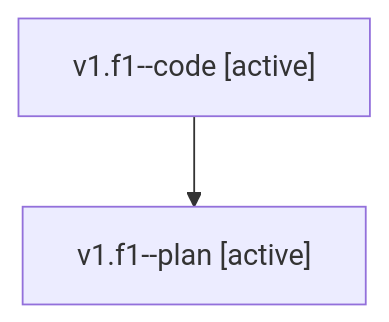
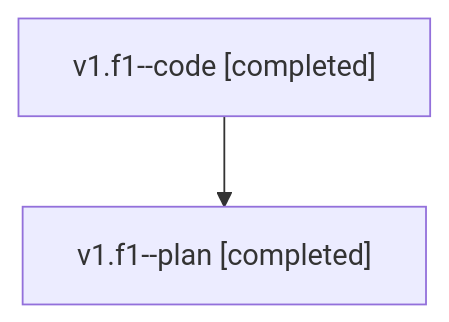
The diagram in families/bbugyi200.athena.v1.f1.md (sase-org/sase--agents), drawn with Mermaid before and after one commit. The commit also changed other lines of this file and 4556 other files, not shown here.

````diff
--- a/families/bbugyi200.athena.v1.f1.md
+++ b/families/bbugyi200.athena.v1.f1.md
@@ -9,6 +9,6 @@
 ```mermaid
 flowchart TD
-  n0["v1.f1--code [active]"]
-  n1["v1.f1--plan [active]"]
+  n0["v1.f1--code [completed]"]
+  n1["v1.f1--plan [completed]"]
   n0 --> n1
 ```
````
